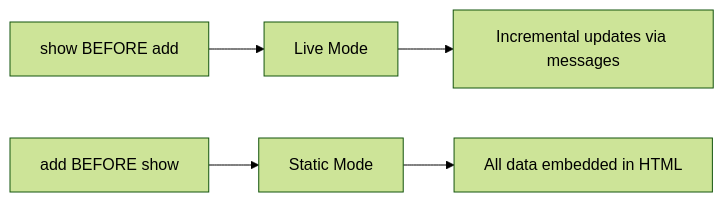
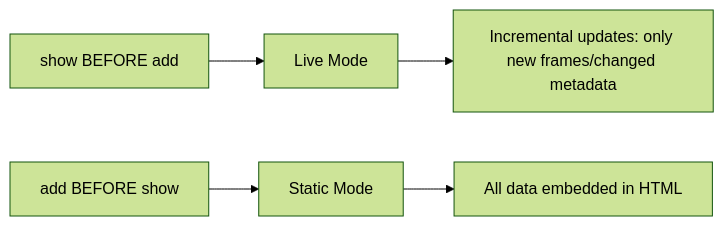
Before and after one commit to sokrypton/py2Dmol: the second of 3 diagrams in technical_readme.md, drawn with Mermaid (forest theme). The commit also changed other lines of this file and 11 other files, not shown here.

````diff
--- a/technical_readme.md
+++ b/technical_readme.md
@@ -261,8 +268,8 @@
 ```mermaid
 graph LR
     A[show BEFORE add] --> B[Live Mode]
     C[add BEFORE show] --> D[Static Mode]
-    
-    B --> E[Incremental updates via messages]
+
+    B --> E[Incremental updates: only new frames/changed metadata]
     D --> F[All data embedded in HTML]
 ```
````
